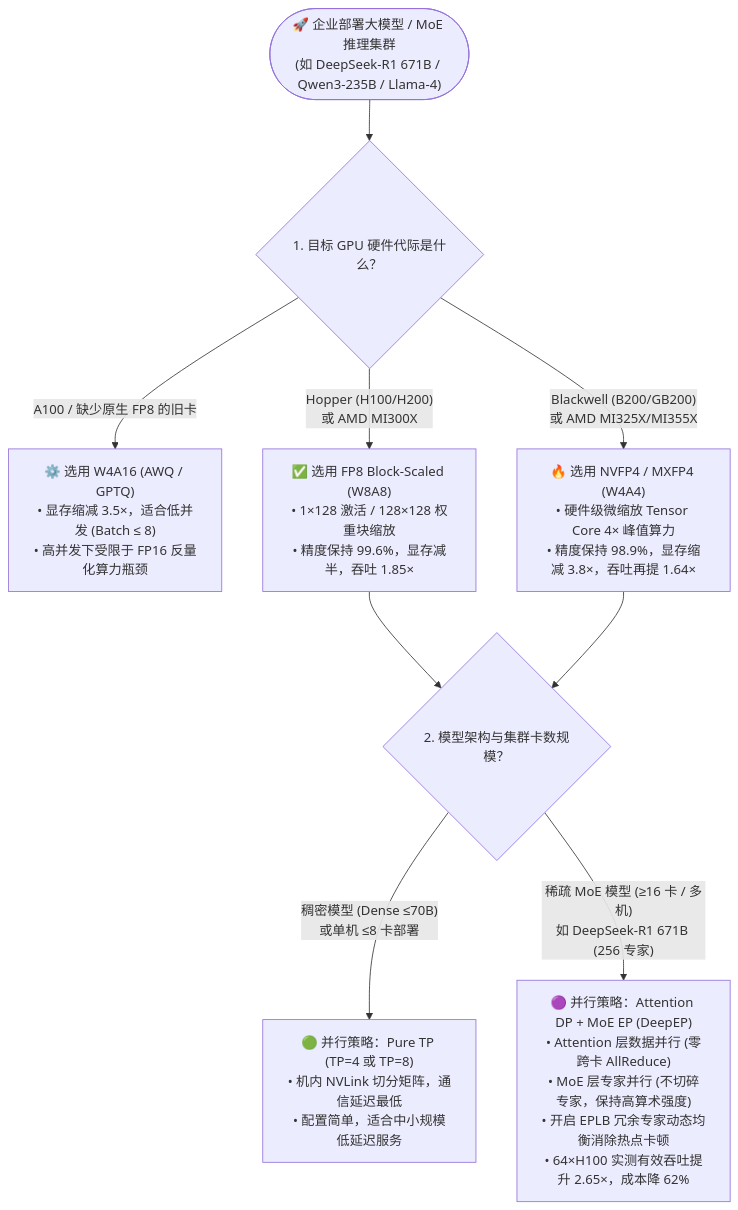
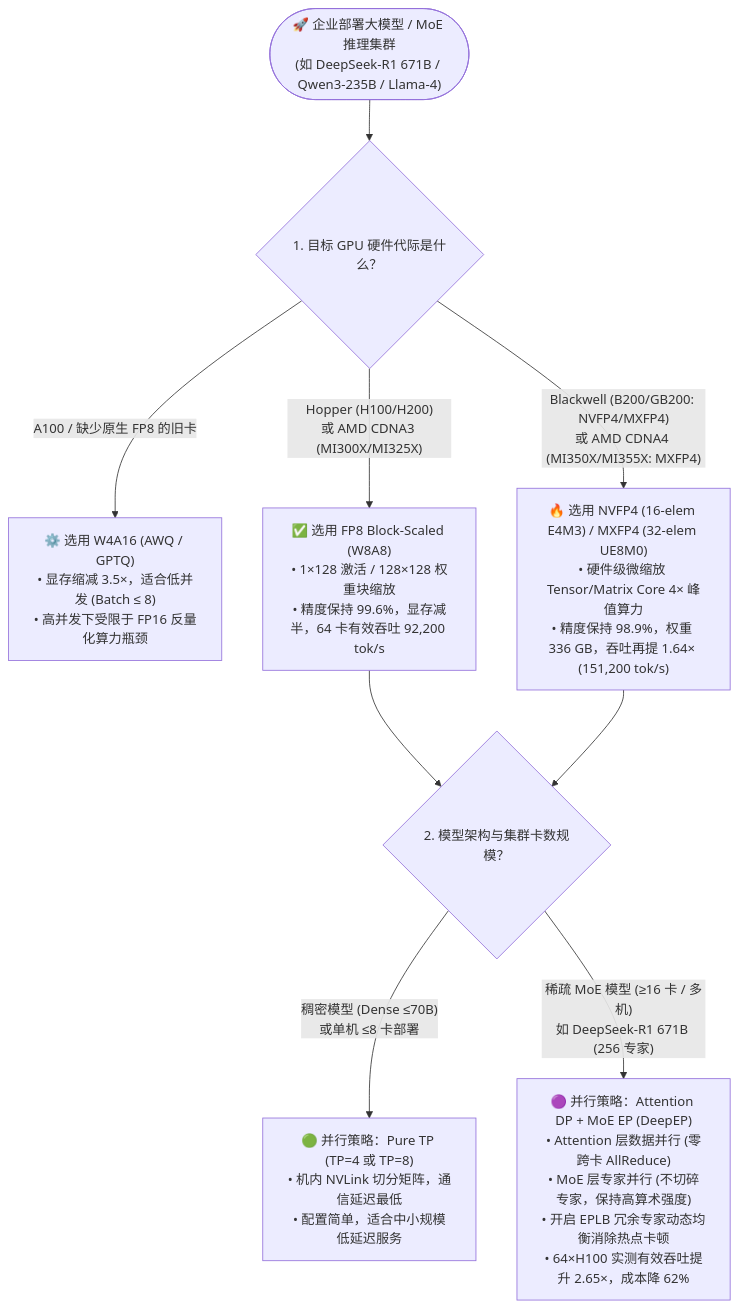
The first of 3 diagrams in docs/components/moe-quantization-parallelism-selection-faq.md (turbo998/ai-infra-research), drawn with Mermaid before and after one commit. The commit also changed other lines of this file and 34 other files, not shown here.

````diff
--- a/docs/components/moe-quantization-parallelism-selection-faq.md
+++ b/docs/components/moe-quantization-parallelism-selection-faq.md
@@ -81,14 +84,14 @@
 ```mermaid
 flowchart TD
     Start(["🚀 企业部署大模型 / MoE 推理集群\n(如 DeepSeek-R1 671B / Qwen3-235B / Llama-4)"]) --> Q_HW{"1. 目标 GPU 硬件代际是什么？"}
 
     Q_HW -- "A100 / 缺少原生 FP8 的旧卡" --> Opt_W4A16["⚙️ 选用 W4A16 (AWQ / GPTQ)\n• 显存缩减 3.5×，适合低并发 (Batch ≤ 8)\n• 高并发下受限于 FP16 反量化算力瓶颈"]
-    Q_HW -- "Hopper (H100/H200)\n或 AMD MI300X" --> Opt_FP8["✅ 选用 FP8 Block-Scaled (W8A8)\n• 1×128 激活 / 128×128 权重块缩放\n• 精度保持 99.6%，显存减半，吞吐 1.85×"]
-    Q_HW -- "Blackwell (B200/GB200)\n或 AMD MI325X/MI355X" --> Opt_FP4["🔥 选用 NVFP4 / MXFP4 (W4A4)\n• 硬件级微缩放 Tensor Core 4× 峰值算力\n• 精度保持 98.9%，显存缩减 3.8×，吞吐再提 1.64×"]
+    Q_HW -- "Hopper (H100/H200)\n或 AMD CDNA3 (MI300X/MI325X)" --> Opt_FP8["✅ 选用 FP8 Block-Scaled (W8A8)\n• 1×128 激活 / 128×128 权重块缩放\n• 精度保持 99.6%，显存减半，64 卡有效吞吐 92,200 tok/s"]
+    Q_HW -- "Blackwell (B200/GB200: NVFP4/MXFP4)\n或 AMD CDNA4 (MI350X/MI355X: MXFP4)" --> Opt_FP4["🔥 选用 NVFP4 (16-elem E4M3) / MXFP4 (32-elem UE8M0)\n• 硬件级微缩放 Tensor/Matrix Core 4× 峰值算力\n• 精度保持 98.9%，权重 336 GB，吞吐再提 1.64× (151,200 tok/s)"]
 
     Opt_FP8 --> Q_Model{"2. 模型架构与集群卡数规模？"}
     Opt_FP4 --> Q_Model
 
     Q_Model -- "稠密模型 (Dense ≤70B)\n或单机 ≤8 卡部署" --> Par_TP["🟢 并行策略：Pure TP (TP=4 或 TP=8)\n• 机内 NVLink 切分矩阵，通信延迟最低\n• 配置简单，适合中小规模低延迟服务"]
     Q_Model -- "稀疏 MoE 模型 (≥16 卡 / 多机)\n如 DeepSeek-R1 671B (256 专家)" --> Par_EP["🟣 并行策略：Attention DP + MoE EP (DeepEP)\n• Attention 层数据并行 (零跨卡 AllReduce)\n• MoE 层专家并行 (不切碎专家，保持高算术强度)\n• 开启 EPLB 冗余专家动态均衡消除热点卡顿\n• 64×H100 实测有效吞吐提升 2.65×，成本降 62%"]
 ```
````
